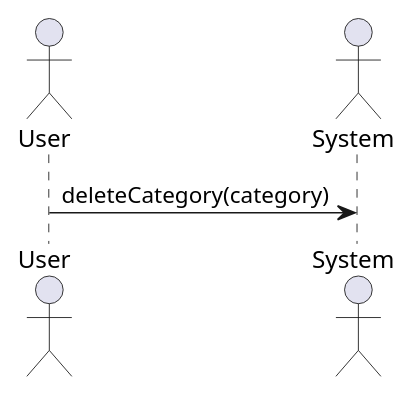
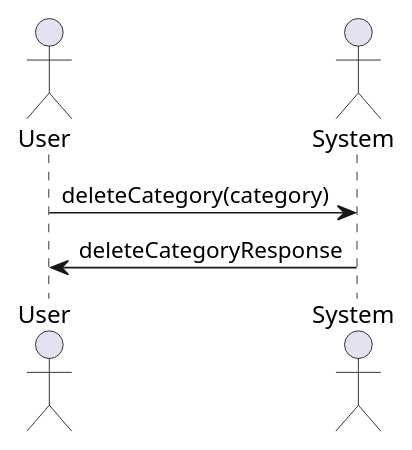
One commit to drDeepl/purchased-products-app-nest changed the diagram in src/diagrams_operations/delete_category.wsd. Above: the diagram before and after it, drawn with PlantUML. The commit also changed 36 other files, not shown here.

```diff
--- a/src/diagrams_operations/delete_category.wsd
+++ b/src/diagrams_operations/delete_category.wsd
@@ -1,12 +1,13 @@
 @startuml delete_category
 
 skinparam backgroundColor #FFFFFF
 
 
 actor User
 actor System
 
 
 User -> System: deleteCategory(category)
+System -> User: deleteCategoryResponse
 
 @enduml
```
